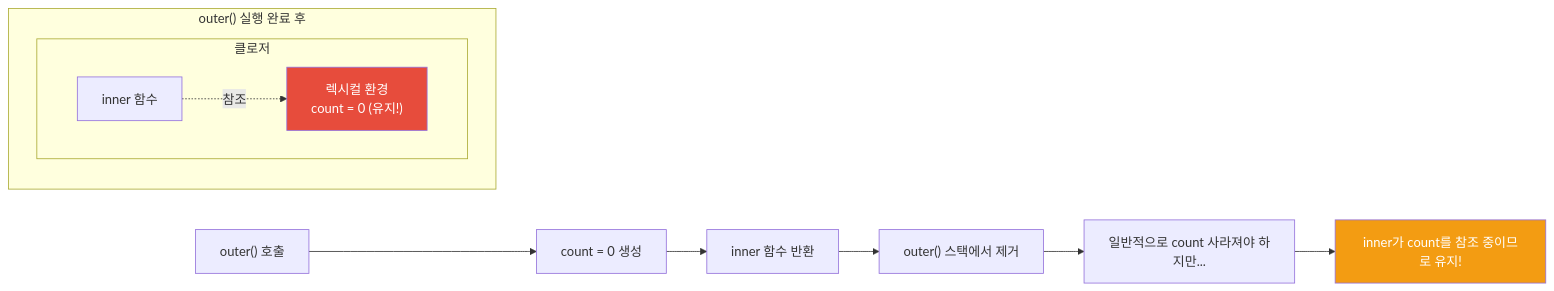
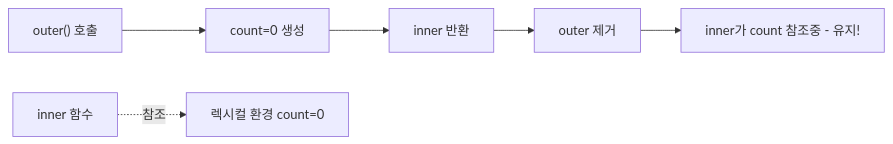
The second of 8 diagrams in _posts/frontend/2026-05-02-js-closure.md (yjkim2015/yjkim2015.github.io), drawn with Mermaid before and after one commit. The commit also changed other lines of this file and 215 other files, not shown here.

First line of the commit message:
신규 포스트 10개 추가 + Mermaid 전면 축소 + SystemDesign 시리즈 보강

````diff
--- a/_posts/frontend/2026-05-02-js-closure.md
+++ b/_posts/frontend/2026-05-02-js-closure.md
@@ -90,19 +79,6 @@
 ```mermaid
 flowchart LR
-    subgraph "outer() 실행 완료 후"
-        subgraph "클로저"
-            FN["inner 함수"]
-            ENV["렉시컬 환경<br>count = 0 (유지!)"]
-            FN -.->|"참조"| ENV
-        end
-    end
-
-    A["outer() 호출"] --> B["count = 0 생성"]
-    B --> C["inner 함수 반환"]
-    C --> D["outer() 스택에서 제거"]
-    D --> E["일반적으로 count 사라져야 하지만..."]
-    E --> F["inner가 count를 참조 중이므로 유지!"]
-
-    style ENV fill:#e74c3c,color:#fff
-    style F fill:#f39c12,color:#fff
+    A["outer() 호출"] --> B["count=0 생성"] --> C["inner 반환"] --> D["outer 제거"]
+    D --> F["inner가 count 참조중 - 유지!"]
+    FN["inner 함수"] -.->|"참조"| ENV["렉시컬 환경 count=0"]
 ```
````
